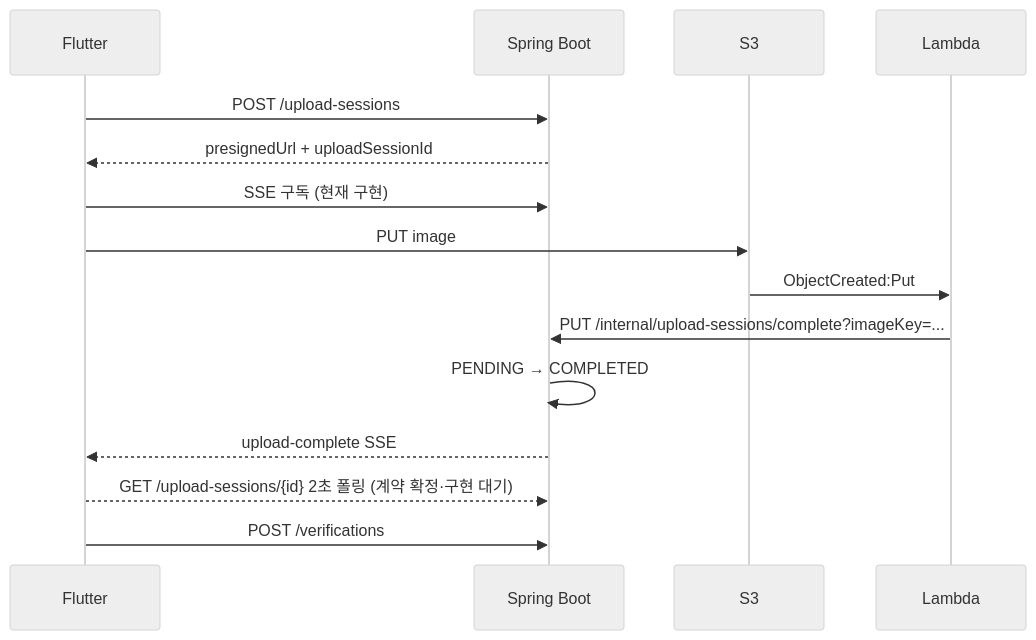
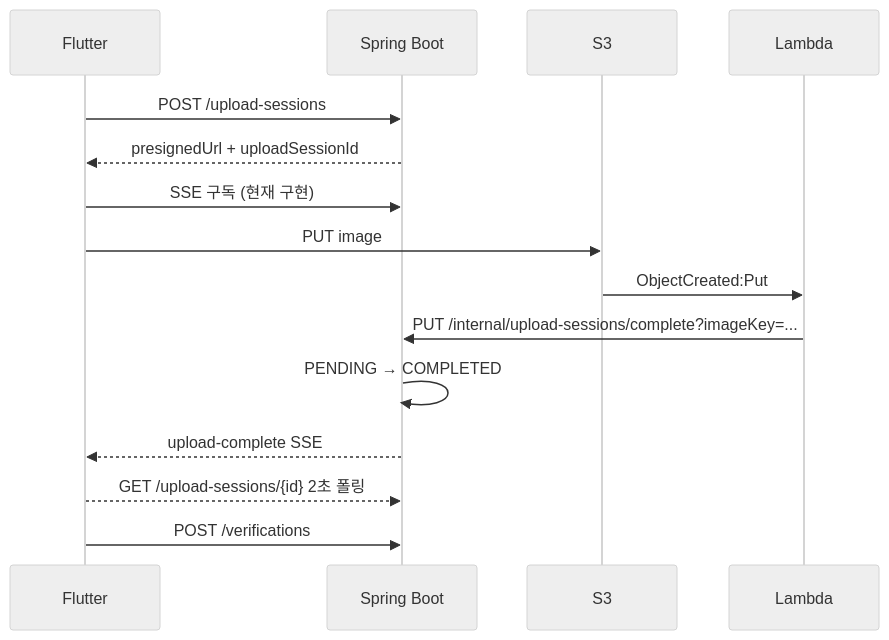
Before and after one commit to JianYang98/TriAgain: the diagram in docs/handoff.md, drawn with Mermaid (neutral theme). The commit also changed other lines of this file and 8 other files, not shown here.

````diff
--- a/docs/handoff.md
+++ b/docs/handoff.md
@@ -137,18 +137,18 @@
 ```mermaid
 sequenceDiagram
     participant FE as Flutter
     participant BE as Spring Boot
     participant S3
     participant L as Lambda
 
     FE->>BE: POST /upload-sessions
     BE-->>FE: presignedUrl + uploadSessionId
     FE->>BE: SSE 구독 (현재 구현)
     FE->>S3: PUT image
     S3->>L: ObjectCreated:Put
     L->>BE: PUT /internal/upload-sessions/complete?imageKey=...
     BE->>BE: PENDING → COMPLETED
     BE-->>FE: upload-complete SSE
-    FE-->>BE: GET /upload-sessions/{id} 2초 폴링 (계약 확정·구현 대기)
+    FE-->>BE: GET /upload-sessions/{id} 2초 폴링
     FE->>BE: POST /verifications
 ```
````
